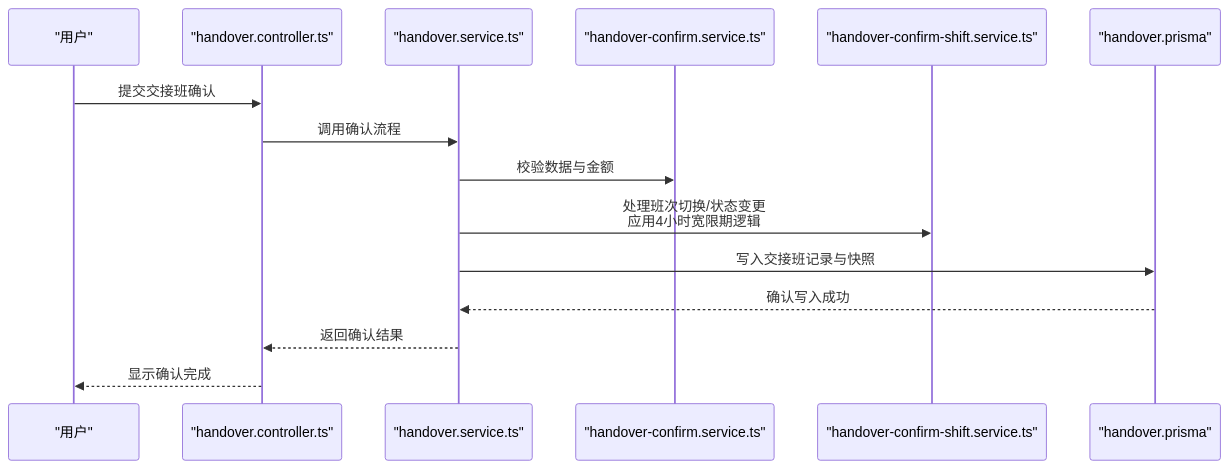
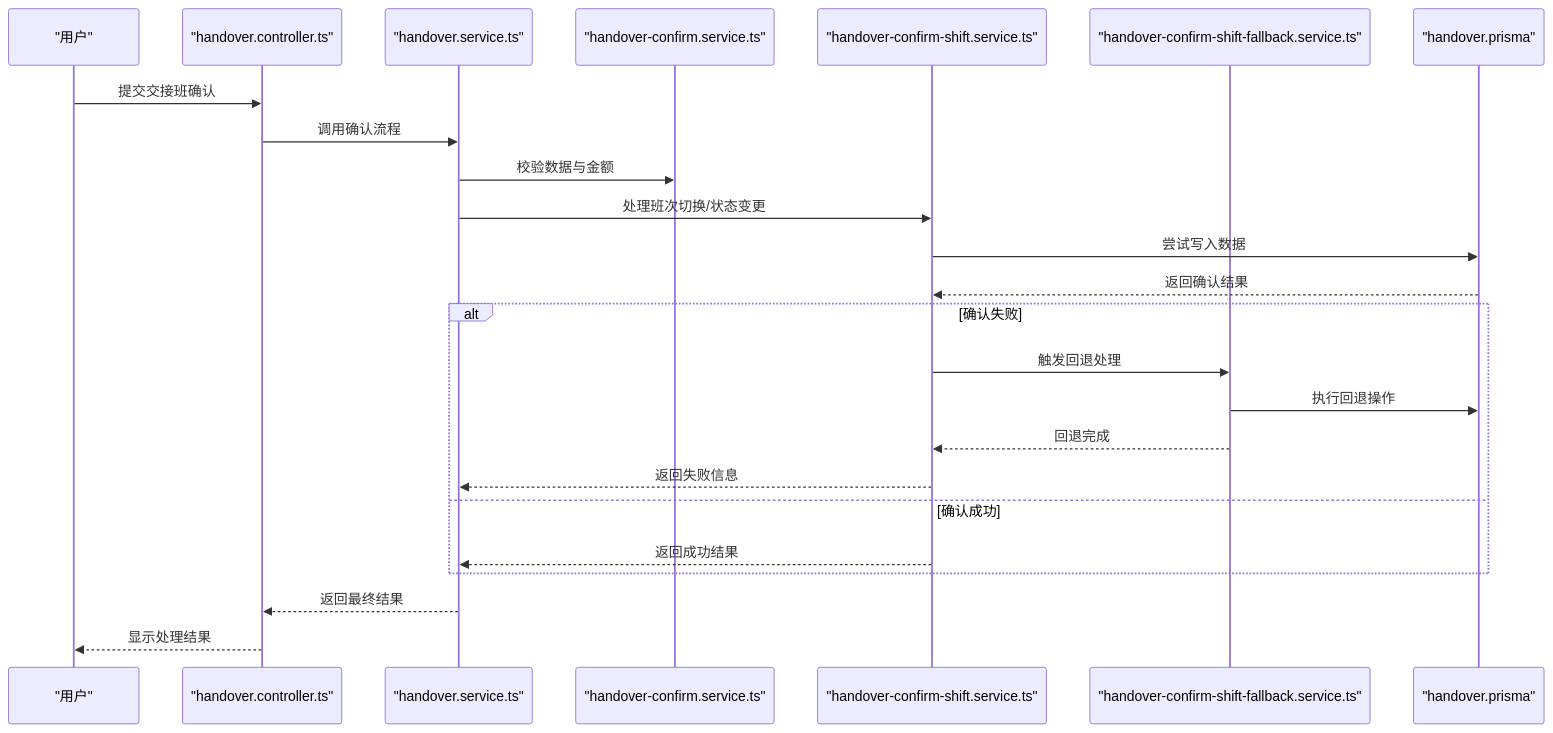
The sixth of 13 diagrams in .qoder/repowiki/zh/content/业务模块/运营管理模块/交接班管理.md (rc558620/purelyprofit-server), drawn with Mermaid before and after one commit. The commit also changed other lines of this file and 10 other files, not shown here.

````diff
--- a/.qoder/repowiki/zh/content/业务模块/运营管理模块/交接班管理.md
+++ b/.qoder/repowiki/zh/content/业务模块/运营管理模块/交接班管理.md
@@ -330,17 +338,26 @@
 ```mermaid
 sequenceDiagram
 participant U as "用户"
 participant C as "handover.controller.ts"
 participant S as "handover.service.ts"
 participant CF as "handover-confirm.service.ts"
 participant CS as "handover-confirm-shift.service.ts"
+participant CSF as "handover-confirm-shift-fallback.service.ts"
 participant DB as "handover.prisma"
 U->>C : 提交交接班确认
 C->>S : 调用确认流程
 S->>CF : 校验数据与金额
-S->>CS : 处理班次切换/状态变更<br/>应用4小时宽限期逻辑
-S->>DB : 写入交接班记录与快照
-DB-->>S : 确认写入成功
-S-->>C : 返回确认结果
-C-->>U : 显示确认完成
+S->>CS : 处理班次切换/状态变更
+CS->>DB : 尝试写入数据
+DB-->>CS : 返回确认结果
+alt 确认失败
+CS->>CSF : 触发回退处理
+CSF->>DB : 执行回退操作
+CSF-->>CS : 回退完成
+CS-->>S : 返回失败信息
+else 确认成功
+CS-->>S : 返回成功结果
+end
+S-->>C : 返回最终结果
+C-->>U : 显示处理结果
 ```
````
